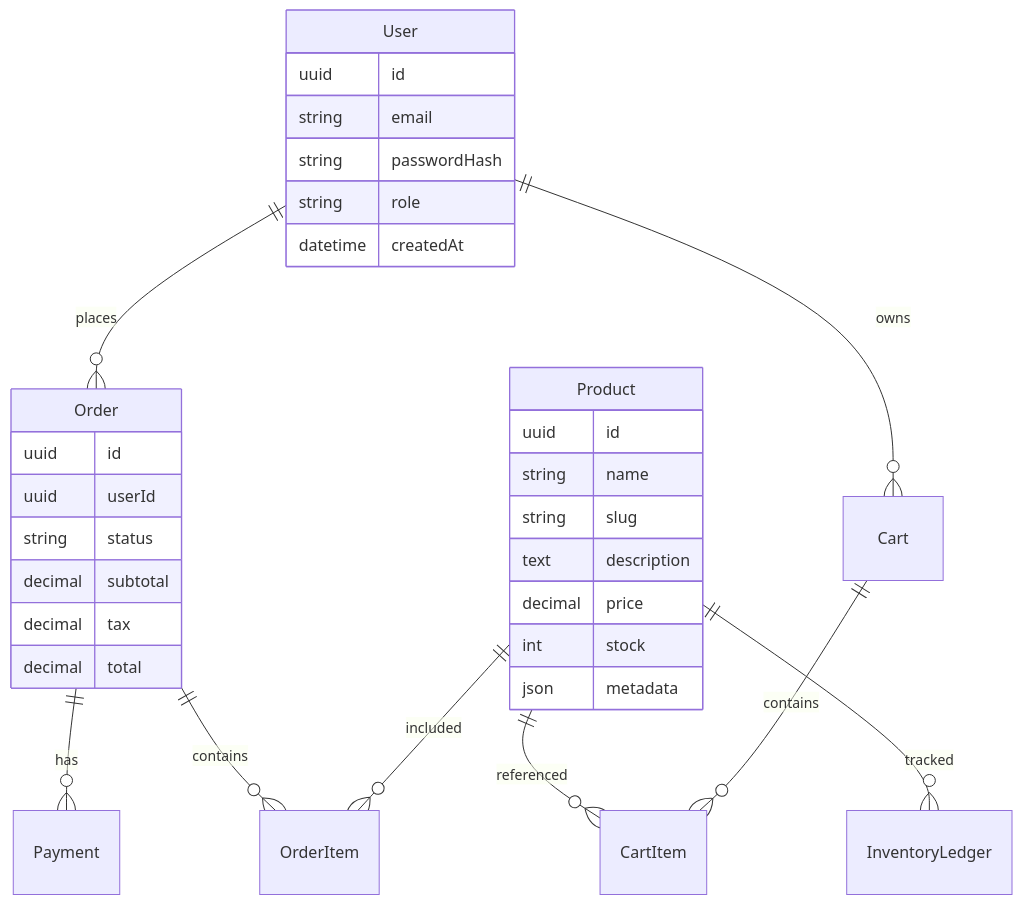
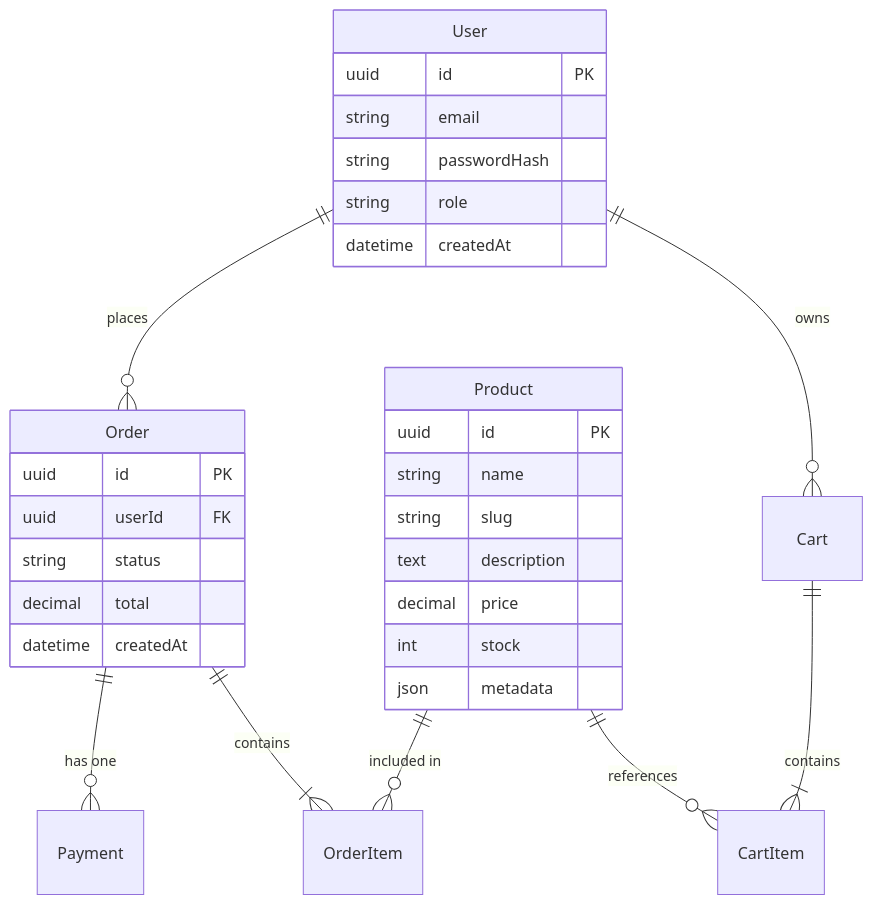
One commit to ManishPrasadGupta/E-Commerce changed the diagram in README.md. Above: the diagram before and after it, drawn with Mermaid. The commit also changed other lines of this file, not shown here.

````diff
--- a/README.md
+++ b/README.md
@@ -144,36 +153,34 @@
 ```mermaid
 erDiagram
-  User ||--o{ Order : places
-  User ||--o{ Cart : owns
-  Cart ||--o{ CartItem : contains
-  Product ||--o{ CartItem : referenced
-  Product ||--o{ OrderItem : included
-  Order ||--o{ OrderItem : contains
-  Order ||--o{ Payment : has
-  Product ||--o{ InventoryLedger : tracked
+    User ||--o{ Order : places
+    User ||--o{ Cart : owns
+    Cart ||--|{ CartItem : "contains"
+    Product ||--o{ CartItem : "references"
+    Product ||--o{ OrderItem : "included in"
+    Order ||--|{ OrderItem : "contains"
+    Order ||--o{ Payment : "has one"
 
-  User {
-    uuid id
-    string email
-    string passwordHash
-    string role
-    datetime createdAt
-  }
-  Product {
-    uuid id
-    string name
-    string slug
-    text description
-    decimal price
-    int stock
-    json metadata
-  }
-  Order {
-    uuid id
-    uuid userId
-    string status
-    decimal subtotal
-    decimal tax
-    decimal total
-  }
+    User {
+        uuid id PK
+        string email
+        string passwordHash
+        string role
+        datetime createdAt
+    }
+    Product {
+        uuid id PK
+        string name
+        string slug
+        text description
+        decimal price
+        int stock
+        json metadata
+    }
+    Order {
+        uuid id PK
+        uuid userId FK
+        string status
+        decimal total
+        datetime createdAt
+    }
 ```
````
